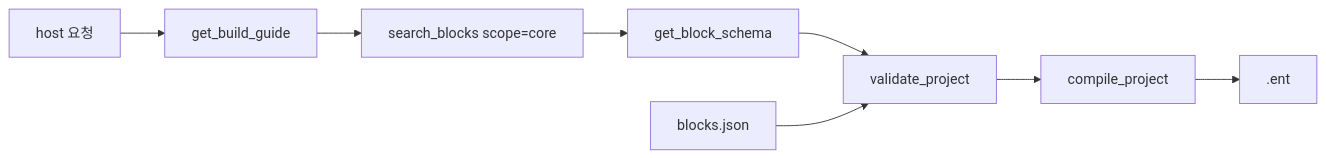
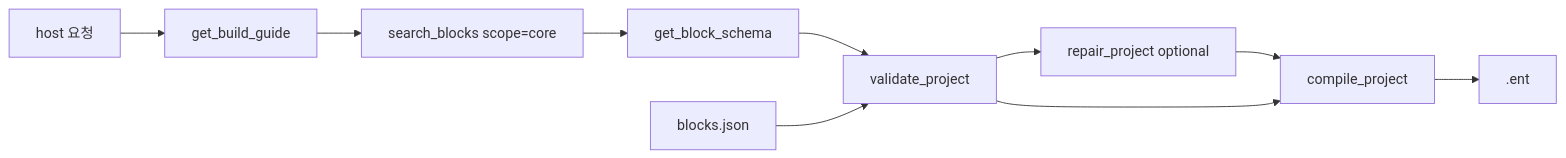
One commit to seohuda/entry-vibe-mcp changed the diagram in README.md. Above: the diagram before and after it, drawn with Mermaid. The commit also changed other lines of this file and 20 other files, not shown here.

````diff
--- a/README.md
+++ b/README.md
@@ -272,11 +274,13 @@
 ```mermaid
 flowchart LR
   Host[host 요청] --> Guide[get_build_guide]
   Guide --> Search[search_blocks scope=core]
   Search --> Schema[get_block_schema]
   Schema --> Validate[validate_project]
-  Validate --> Compile[compile_project]
+  Validate --> Repair[repair_project optional]
+  Repair --> Compile[compile_project]
+  Validate --> Compile
   Compile --> Out[.ent]
 
   Catalog[blocks.json] --> Validate
 ```
````
